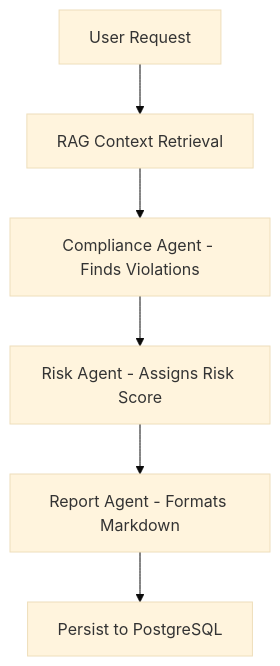
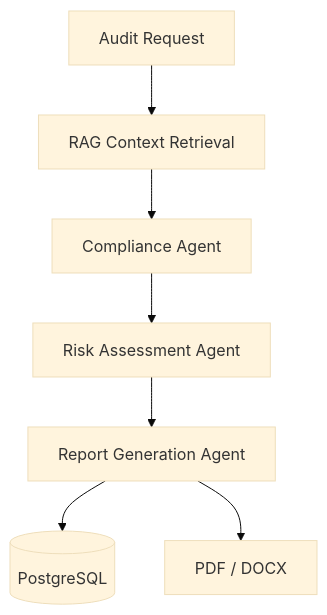
One commit to KoletiSankeerthana/autonomous-compliance-audit-platform changed the third of 3 diagrams in README.md. Above: the diagram before and after it, drawn with Mermaid (base theme). The commit also changed other lines of this file, not shown here.

````diff
--- a/README.md
+++ b/README.md
@@ -47,8 +233,17 @@
 ```mermaid
 graph TD
-    Start[User Request] --> Retrieve[RAG Context Retrieval]
-    Retrieve --> Compliance[Compliance Agent - Finds Violations]
-    Compliance --> Risk[Risk Agent - Assigns Risk Score]
-    Risk --> Report[Report Agent - Formats Markdown]
-    Report --> Save[Persist to PostgreSQL]
+
+Start[Audit Request]
+
+Start --> Retrieve[RAG Context Retrieval]
+
+Retrieve --> Compliance[Compliance Agent]
+
+Compliance --> Risk[Risk Assessment Agent]
+
+Risk --> Report[Report Generation Agent]
+
+Report --> Database[(PostgreSQL)]
+
+Report --> Export[PDF / DOCX]
 ```
````
